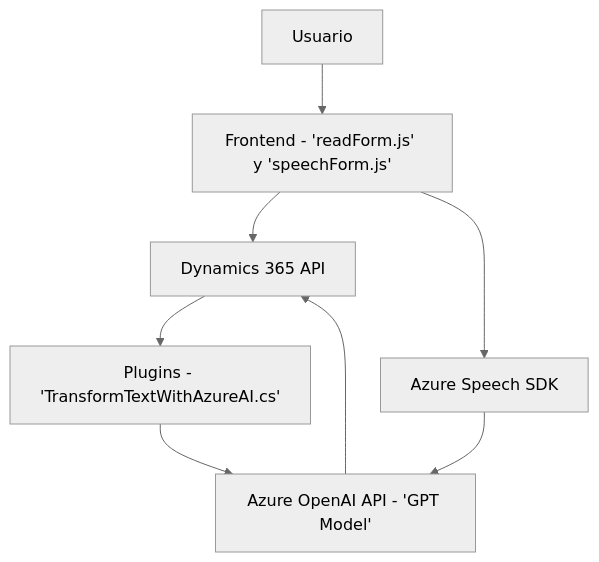
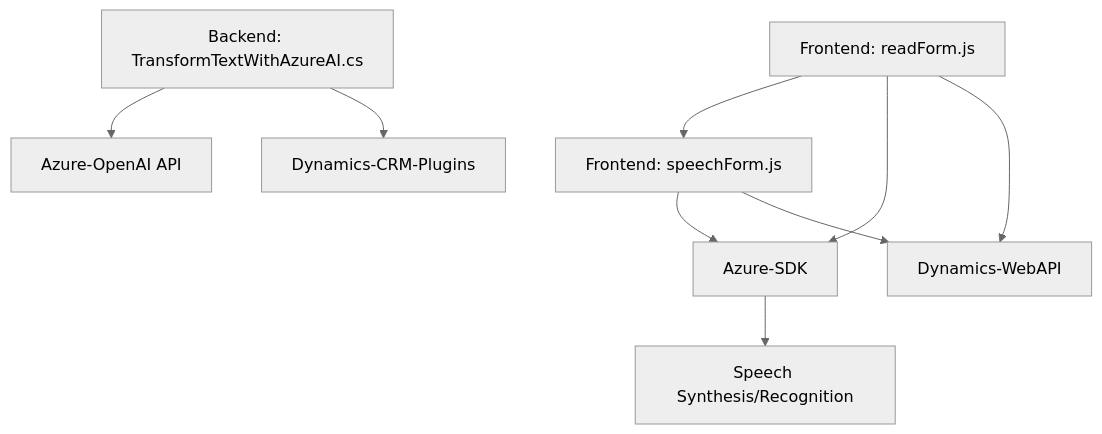
Before and after one commit to blopezdm/NETCORE_BILBAO2025: the diagram in README.md, drawn with Mermaid (neutral theme). The commit also changed other lines of this file, not shown here.

````diff
--- a/README.md
+++ b/README.md
@@ -47,10 +81,11 @@
 ```mermaid
 graph TD
-    A["Usuario"] --> B["Frontend - 'readForm.js' y 'speechForm.js'"]
-    B --> C["Dynamics 365 API"]
-    B --> D["Azure Speech SDK"]
-    C--> E["Plugins - 'TransformTextWithAzureAI.cs'"]
-    E --> F["Azure OpenAI API - 'GPT Model'"]
-    D --> F
-    F --> C
+    A["Frontend: readForm.js"] --> B["Frontend: speechForm.js"]
+    A["Frontend: readForm.js"] --> C["Azure-SDK"]
+    B["Frontend: speechForm.js"] --> C["Azure-SDK"]
+    A["Frontend: readForm.js"] --> D["Dynamics-WebAPI"]
+    B["Frontend: speechForm.js"] --> D["Dynamics-WebAPI"]
+    E["Backend: TransformTextWithAzureAI.cs"] --> F["Azure-OpenAI API"]
+    C["Azure-SDK"] --> G["Speech Synthesis/Recognition"]
+    E["Backend: TransformTextWithAzureAI.cs"] --> H["Dynamics-CRM-Plugins"]
 ```
````
